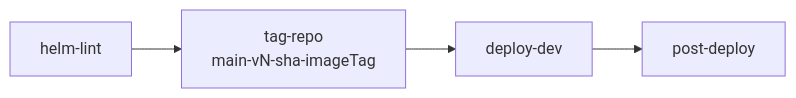
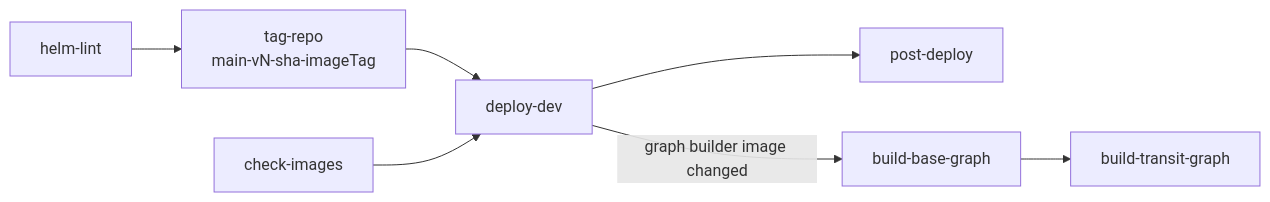
The first of 3 diagrams in README.md (entur/otp2int-deployment-config), drawn with Mermaid before and after one commit. The commit also changed other lines of this file and 6 other files, not shown here.

````diff
--- a/README.md
+++ b/README.md
@@ -82,9 +118,14 @@
 ```mermaid
 flowchart LR
     HL[helm-lint]
     TAG[tag-repo\nmain-vN-sha-imageTag]
+    CHK[check-images]
     DEP[deploy-dev]
     POST[post-deploy]
+    BASE[build-base-graph]
+    TRANSIT[build-transit-graph]
 
-    HL --> TAG --> DEP --> POST
+    HL --> TAG --> DEP
+    CHK --> DEP --> POST
+    DEP -- graph builder image changed --> BASE --> TRANSIT
 ```
````
